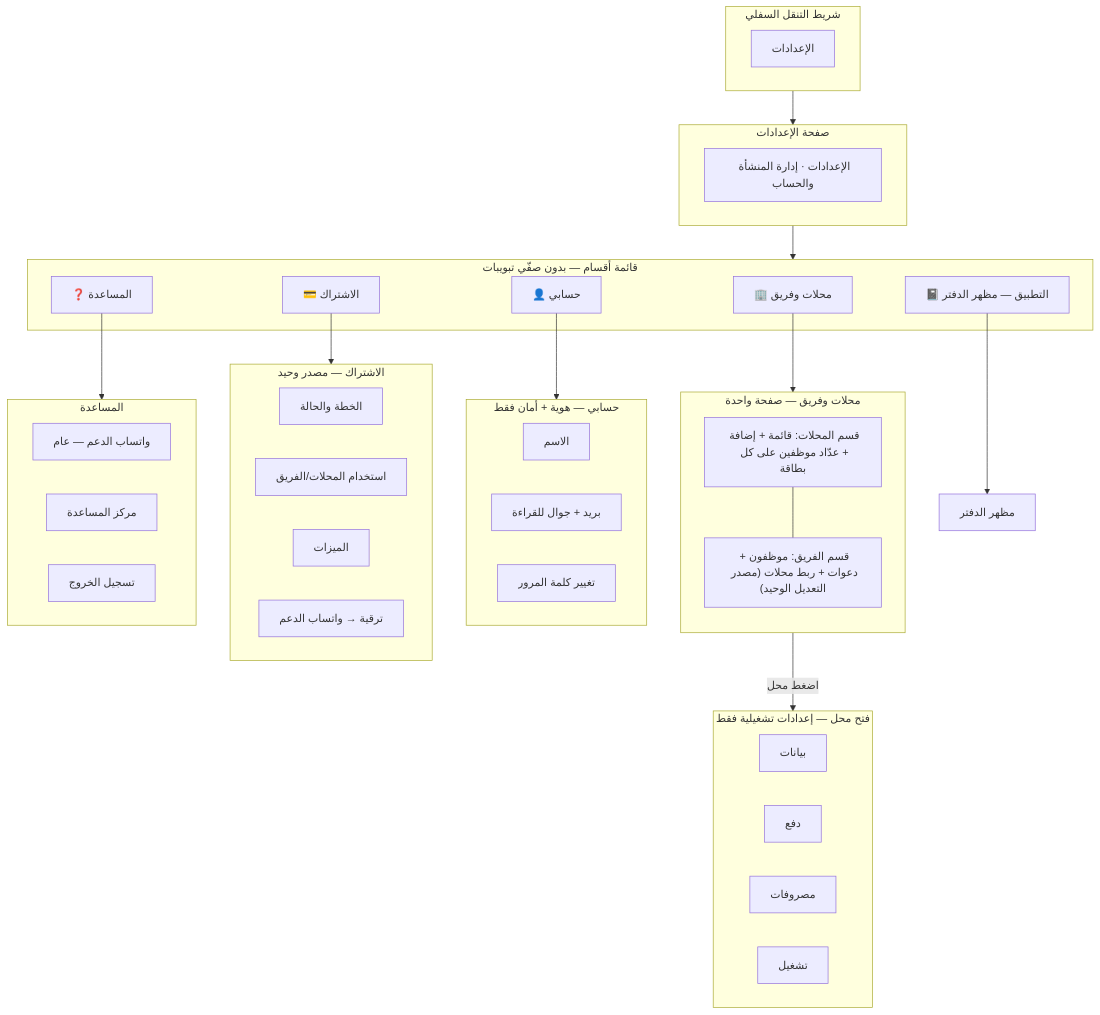
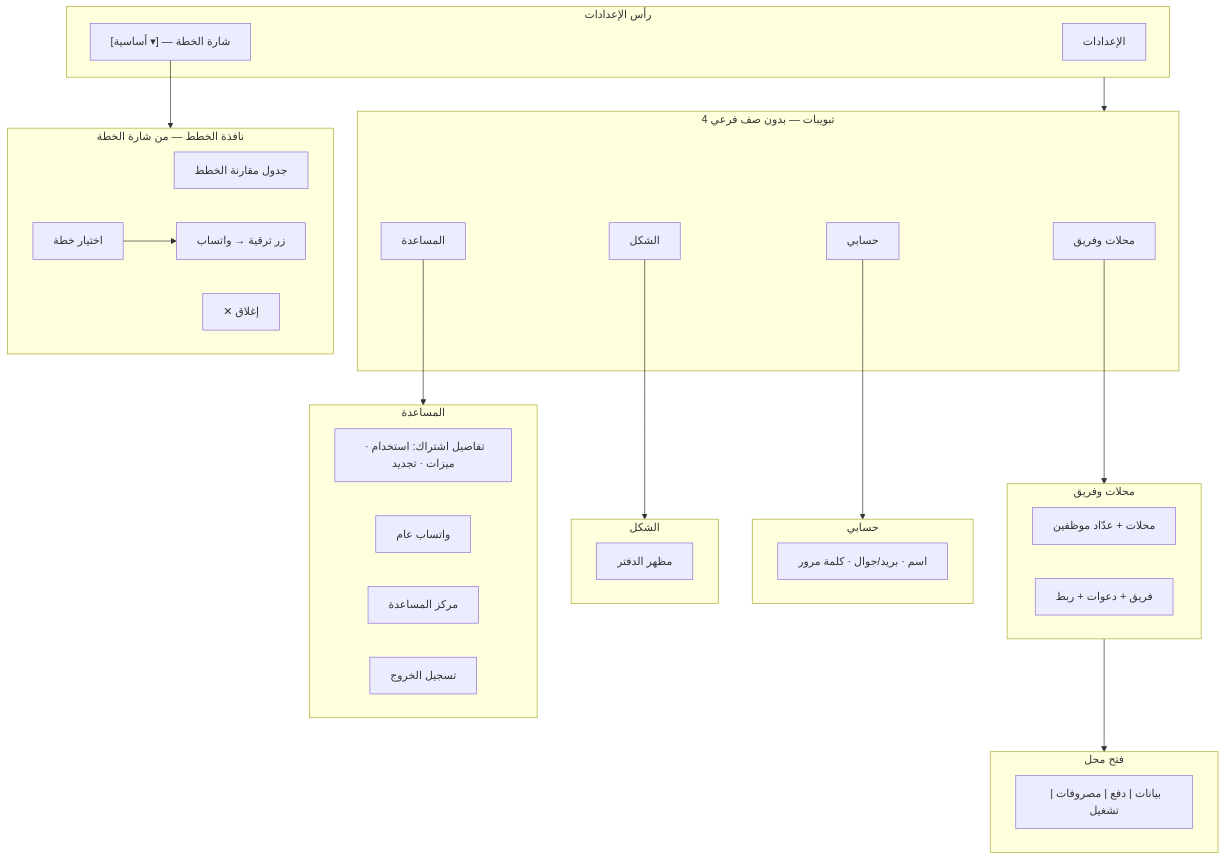
One commit to hajrix01-star/taqfeelah changed the second of 5 diagrams in docs/OWNER_SETTINGS_IA_PLAN.md. Above: the diagram before and after it, drawn with Mermaid. The commit also changed other lines of this file and 1 other file, not shown here.

First line of the commit message:
docs: add plan chip + picker modal to settings IA spec

````diff
--- a/docs/OWNER_SETTINGS_IA_PLAN.md
+++ b/docs/OWNER_SETTINGS_IA_PLAN.md
@@ -113,60 +116,54 @@
 ```mermaid
 flowchart TB
-  subgraph nav2["شريط التنقل السفلي"]
-    BN2["الإعدادات"]
+  subgraph header["رأس الإعدادات"]
+    H2["الإعدادات"]
+    CHIP["[أساسية ▾] — شارة الخطة"]
   end
 
-  subgraph page2["صفحة الإعدادات"]
-    H2["الإعدادات · إدارة المنشأة والحساب"]
+  subgraph mainTabs["4 تبويبات — بدون صف فرعي"]
+    T1["محلات وفريق"]
+    T2["حسابي"]
+    T3["الشكل"]
+    T4["المساعدة"]
   end
 
-  subgraph list["قائمة أقسام — بدون صفّي تبويبات"]
-    L1["🏢 محلات وفريق"]
-    L2["👤 حسابي"]
-    L3["💳 الاشتراك"]
-    L4["📓 التطبيق — مظهر الدفتر"]
-    L5["❓ المساعدة"]
+  subgraph merged["محلات وفريق"]
+    MS["محلات + عدّاد موظفين"]
+    MT["فريق + دعوات + ربط"]
   end
 
-  subgraph merged["محلات وفريق — صفحة واحدة"]
-    direction TB
-    MS["قسم المحلات: قائمة + إضافة + عدّاد موظفين على كل بطاقة"]
-    MT["قسم الفريق: موظفون + دعوات + ربط محلات (مصدر التعديل الوحيد)"]
-    MS --- MT
+  subgraph storeOnly["فتح محل"]
+    SP2["بيانات | دفع | مصروفات | تشغيل"]
   end
 
-  subgraph storeOnly["فتح محل — إعدادات تشغيلية فقط"]
-    SP2["بيانات"]
-    SC2["دفع"]
-    SE2["مصروفات"]
-    SO2["تشغيل"]
+  subgraph account2["حسابي"]
+    AC["اسم · بريد/جوال · كلمة مرور"]
   end
 
-  subgraph account2["حسابي — هوية + أمان فقط"]
-    AC1["الاسم"]
-    AC2["بريد + جوال للقراءة"]
-    AC3["تغيير كلمة المرور"]
-  end
-
-  subgraph billing["الاشتراك — مصدر وحيد"]
-    B1["الخطة والحالة"]
-    B2["استخدام المحلات/الفريق"]
-    B3["الميزات"]
-    B4["ترقية → واتساب الدعم"]
+  subgraph shape["الشكل"]
+    TH["مظهر الدفتر"]
   end
 
   subgraph help2["المساعدة"]
-    HP1["واتساب الدعم — عام"]
+    B1["تفاصيل اشتراك: استخدام · ميزات · تجديد"]
+    HP1["واتساب عام"]
     HP2["مركز المساعدة"]
     HP3["تسجيل الخروج"]
   end
 
-  nav2 --> page2
-  page2 --> list
-  L1 --> merged
-  merged -->|"اضغط محل"| storeOnly
-  L2 --> account2
-  L3 --> billing
-  L4 --> APP2["مظهر الدفتر"]
-  L5 --> help2
+  subgraph modal["نافذة الخطط — من شارة الخطة"]
+    M1["جدول مقارنة الخطط"]
+    M2["اختيار خطة"]
+    M3["زر ترقية → واتساب"]
+    MX["✕ إغلاق"]
+  end
+
+  header --> mainTabs
+  CHIP --> modal
+  T1 --> merged
+  merged --> storeOnly
+  T2 --> account2
+  T3 --> shape
+  T4 --> help2
+  M2 --> M3
 ```
````
